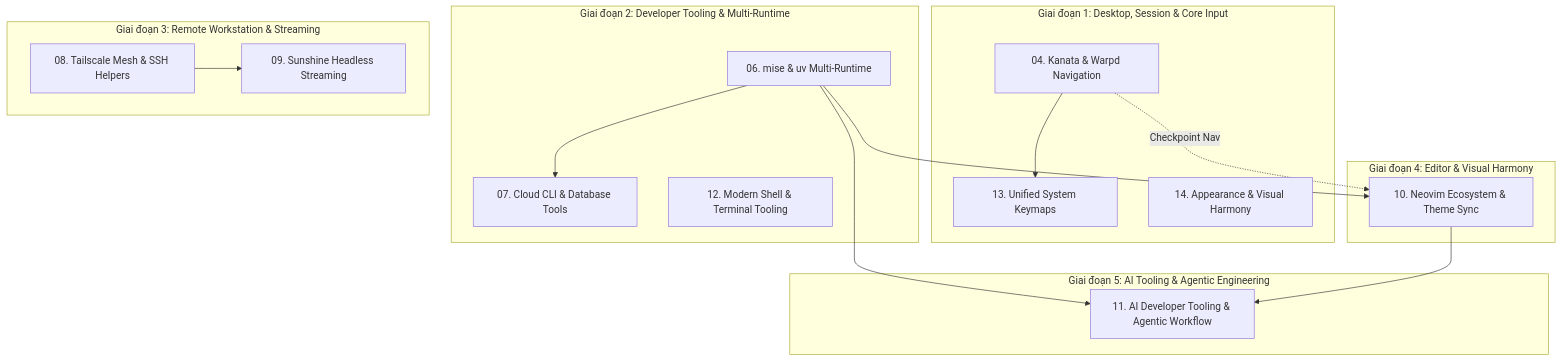
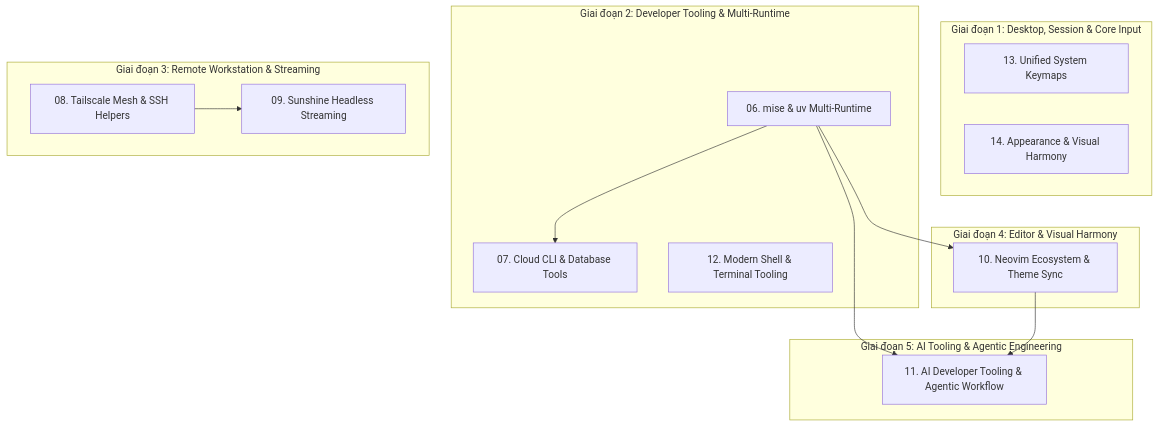
One commit to Aethries/dotfiles changed the diagram in plans/README.md. Above: the diagram before and after it, drawn with Mermaid. The commit also changed other lines of this file and 10 other files, not shown here.

Commit message:
feat: complete plan 04 kanata keyboard remapper and warpd hint navigation

````diff
--- a/plans/README.md
+++ b/plans/README.md
@@ -9,29 +9,27 @@
 ```mermaid
 flowchart TD
     subgraph G1["Giai đoạn 1: Desktop, Session & Core Input"]
-        P04["04. Kanata & Warpd Navigation"]
-        P04 --> P13["13. Unified System Keymaps"]
+        P13["13. Unified System Keymaps"]
         P14["14. Appearance & Visual Harmony"]
     end
 
     subgraph G2["Giai đoạn 2: Developer Tooling & Multi-Runtime"]
         P06["06. mise & uv Multi-Runtime"]
         P06 --> P07["07. Cloud CLI & Database Tools"]
         P12["12. Modern Shell & Terminal Tooling"]
     end
 
     subgraph G3["Giai đoạn 3: Remote Workstation & Streaming"]
         P08["08. Tailscale Mesh & SSH Helpers"]
         P08 --> P09["09. Sunshine Headless Streaming"]
     end
 
     subgraph G4["Giai đoạn 4: Editor & Visual Harmony"]
         P06 --> P10["10. Neovim Ecosystem & Theme Sync"]
-        P04 -. Checkpoint Nav .-> P10
     end
 
     subgraph G5["Giai đoạn 5: AI Tooling & Agentic Engineering"]
         P06 --> P11["11. AI Developer Tooling & Agentic Workflow"]
         P10 --> P11
     end
 ```
````
